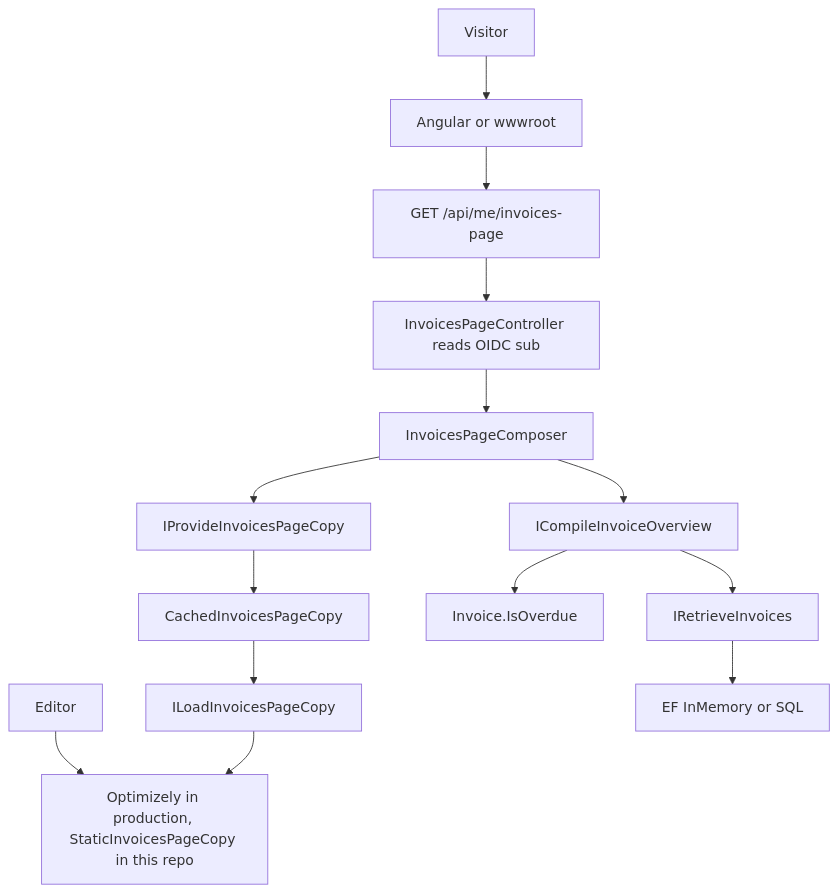
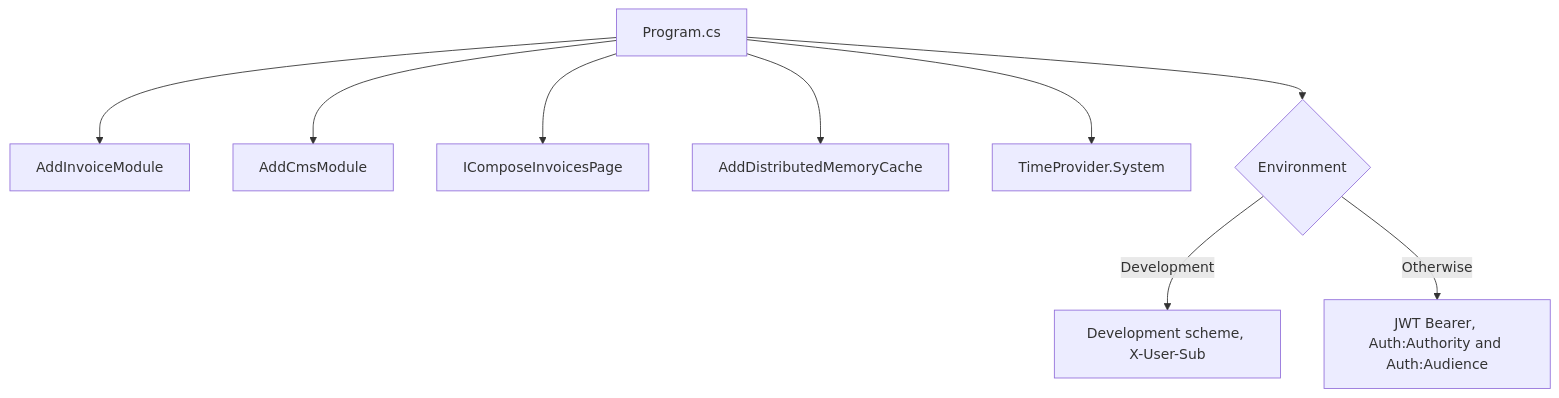
Before and after one commit to SDS37/CMS-Example: the third of 9 diagrams in docs/architecture.md, drawn with Mermaid. The commit also changed other lines of this file, not shown here.

````diff
--- a/docs/architecture.md
+++ b/docs/architecture.md
@@ -37,16 +61,11 @@
 ```mermaid
 flowchart TD
-    editor[Editor] --> copySource["Optimizely in production, StaticInvoicesPageCopy in this repo"]
-    visitor[Visitor] --> client[Angular or wwwroot]
-    client --> api["GET /api/me/invoices-page"]
-    api --> controller["InvoicesPageController reads OIDC sub"]
-    controller --> composer[InvoicesPageComposer]
-    composer --> pageCopy["IProvideInvoicesPageCopy"]
-    composer --> overview[ICompileInvoiceOverview]
-    pageCopy --> cache[CachedInvoicesPageCopy]
-    cache --> loader[ILoadInvoicesPageCopy]
-    loader --> copySource
-    overview --> domain["Invoice.IsOverdue"]
-    overview --> store[IRetrieveInvoices]
-    store --> ef["EF InMemory or SQL"]
+    program[Program.cs] --> invoices[AddInvoiceModule]
+    program --> cms[AddCmsModule]
+    program --> composer["IComposeInvoicesPage"]
+    program --> cache[AddDistributedMemoryCache]
+    program --> clock[TimeProvider.System]
+    program --> auth{Environment}
+    auth -->|Development| dev["Development scheme, X-User-Sub"]
+    auth -->|Otherwise| jwt["JWT Bearer, Auth:Authority and Auth:Audience"]
 ```
````
